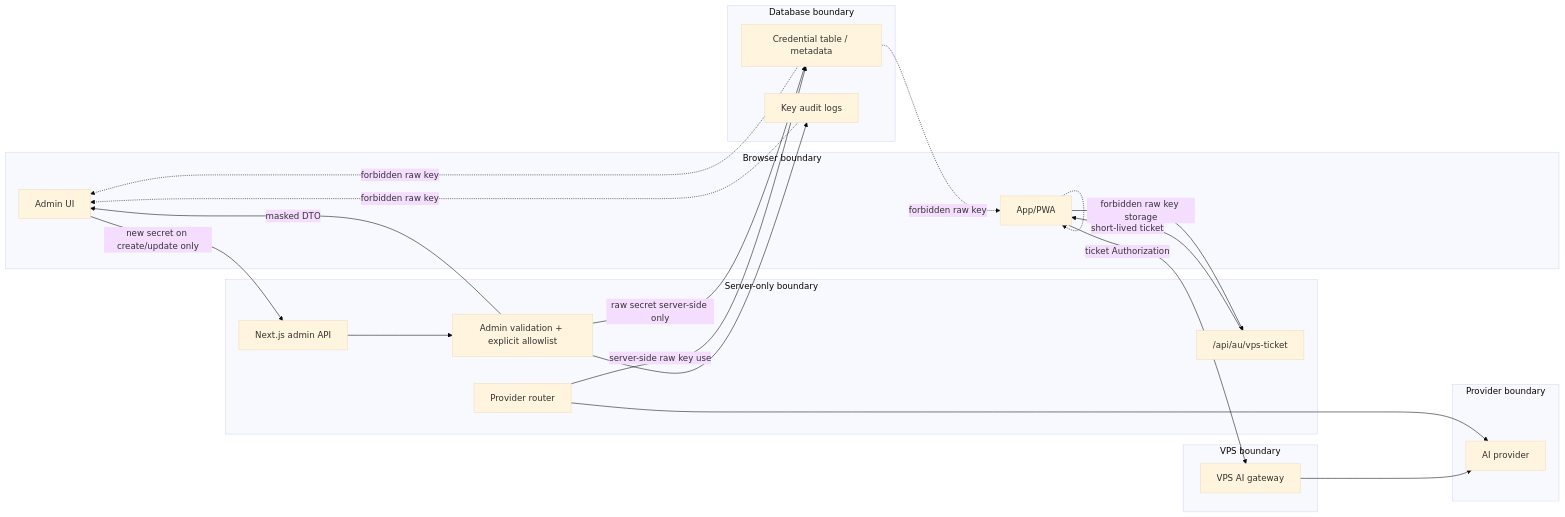
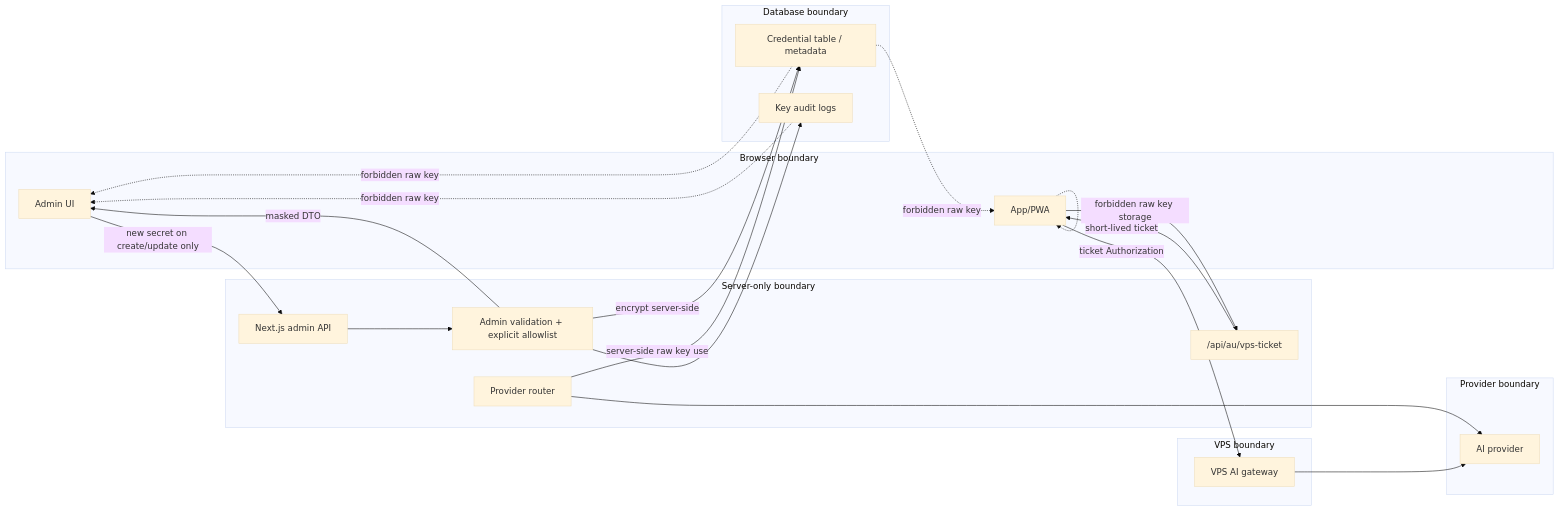
The diagram in docs/security/datacube-au-api-key-pipeline-audit.md (DATACUBEAU/Datacube_Au), drawn with Mermaid (base theme) before and after one commit. The commit also changed other lines of this file and 29 other files, not shown here.

````diff
--- a/docs/security/datacube-au-api-key-pipeline-audit.md
+++ b/docs/security/datacube-au-api-key-pipeline-audit.md
@@ -119,44 +120,44 @@
 ```mermaid
 flowchart LR
   subgraph Browser["Browser boundary"]
     AdminUI["Admin UI"]
     App["App/PWA"]
   end
 
   subgraph Server["Server-only boundary"]
     AdminAPI["Next.js admin API"]
     Validate["Admin validation + explicit allowlist"]
     Router["Provider router"]
     TicketAPI["/api/au/vps-ticket"]
   end
 
   subgraph DB["Database boundary"]
     CredentialTable["Credential table / metadata"]
     Audit["Key audit logs"]
   end
 
   subgraph VPS["VPS boundary"]
     Gateway["VPS AI gateway"]
   end
 
   subgraph Provider["Provider boundary"]
     AI["AI provider"]
   end
 
   AdminUI -->|"new secret on create/update only"| AdminAPI
   AdminAPI --> Validate
-  Validate -->|"raw secret server-side only"| CredentialTable
+  Validate -->|"encrypt server-side"| CredentialTable
   Validate -->|"masked DTO"| AdminUI
   Validate --> Audit
   Router -->|"server-side raw key use"| CredentialTable
   Router --> AI
   App --> TicketAPI
   TicketAPI -->|"short-lived ticket"| App
   App -->|"ticket Authorization"| Gateway
   Gateway --> AI
 
   CredentialTable -. forbidden raw key .-> AdminUI
   CredentialTable -. forbidden raw key .-> App
   Audit -. forbidden raw key .-> AdminUI
   App -. forbidden raw key storage .-> App
 ```
````
